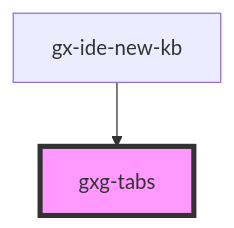
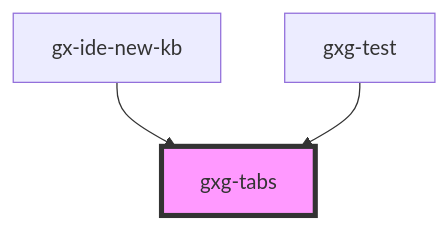
Before and after one commit to genexuslabs/gemini: the diagram in src/components/tabs/readme.md, drawn with Mermaid. The commit also changed other lines of this file and 12 other files, not shown here.

````diff
--- a/src/components/tabs/readme.md
+++ b/src/components/tabs/readme.md
@@ -130,5 +131,6 @@
 ```mermaid
 graph TD;
   gx-ide-new-kb --> gxg-tabs
+  gxg-test --> gxg-tabs
   style gxg-tabs fill:#f9f,stroke:#333,stroke-width:4px
 ```
````
